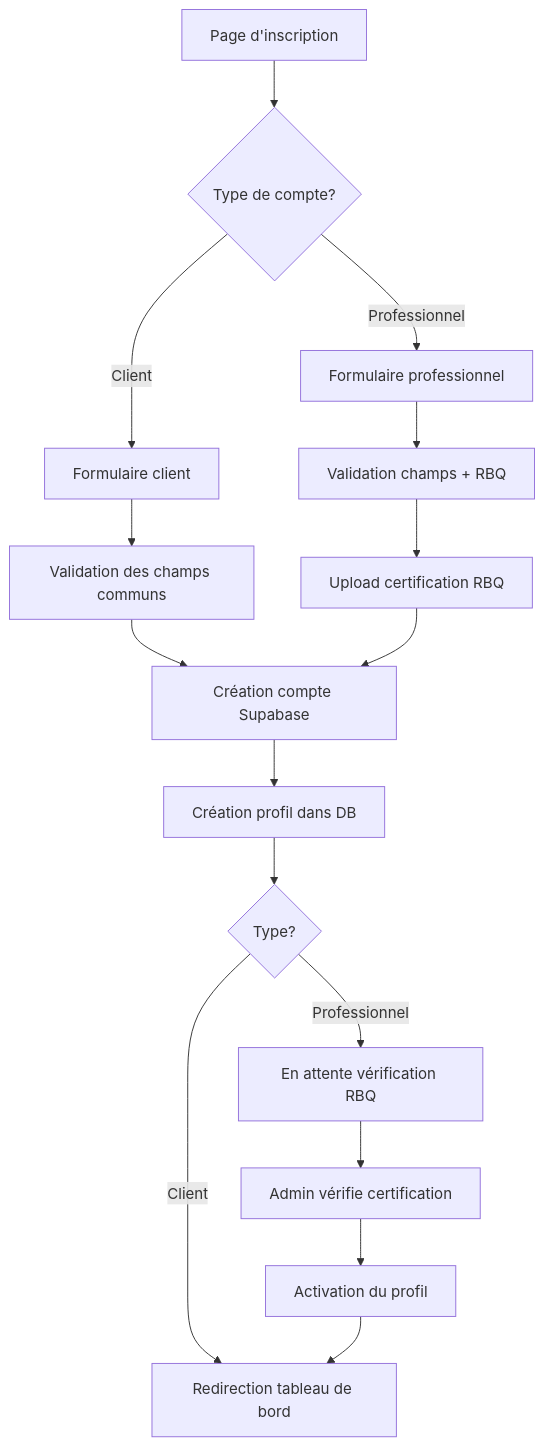
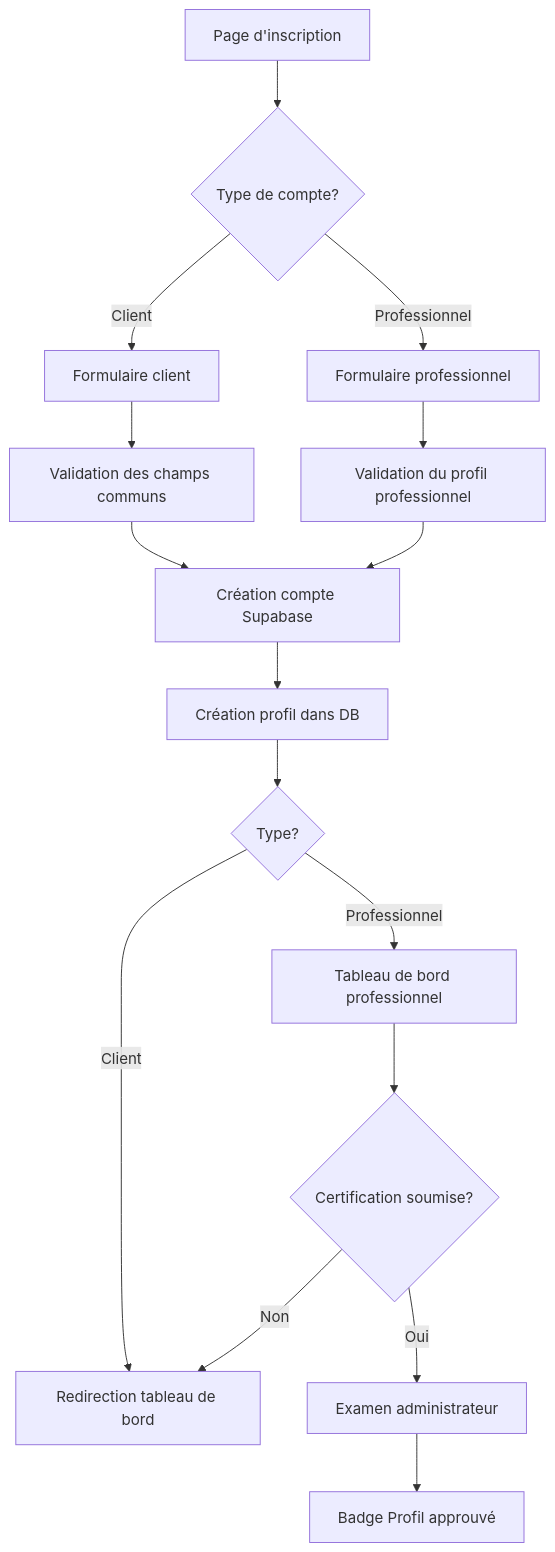
The diagram in docs/authentication.md (Hayz1639918/quebec-pro-hub), drawn with Mermaid before and after one commit. The commit also changed other lines of this file and 23 other files, not shown here.

````diff
--- a/docs/authentication.md
+++ b/docs/authentication.md
@@ -36,23 +36,21 @@
 ```mermaid
 flowchart TD
     A[Page d'inscription] --> B{Type de compte?}
     B -->|Client| C[Formulaire client]
     B -->|Professionnel| D[Formulaire professionnel]
     
     C --> E[Validation des champs communs]
-    D --> F[Validation champs + RBQ]
+    D --> F[Validation du profil professionnel]
     
     E --> G[Création compte Supabase]
-    F --> H[Upload certification RBQ]
-    
-    H --> G
+    F --> G
     G --> I[Création profil dans DB]
     I --> J{Type?}
     
     J -->|Client| K[Redirection tableau de bord]
-    J -->|Professionnel| L[En attente vérification RBQ]
-    
-    L --> M[Admin vérifie certification]
-    M --> N[Activation du profil]
-    N --> K
+    J -->|Professionnel| L[Tableau de bord professionnel]
+    L --> M{Certification soumise?}
+    M -->|Non| K
+    M -->|Oui| N[Examen administrateur]
+    N --> O[Badge Profil approuvé]
 ```
````
